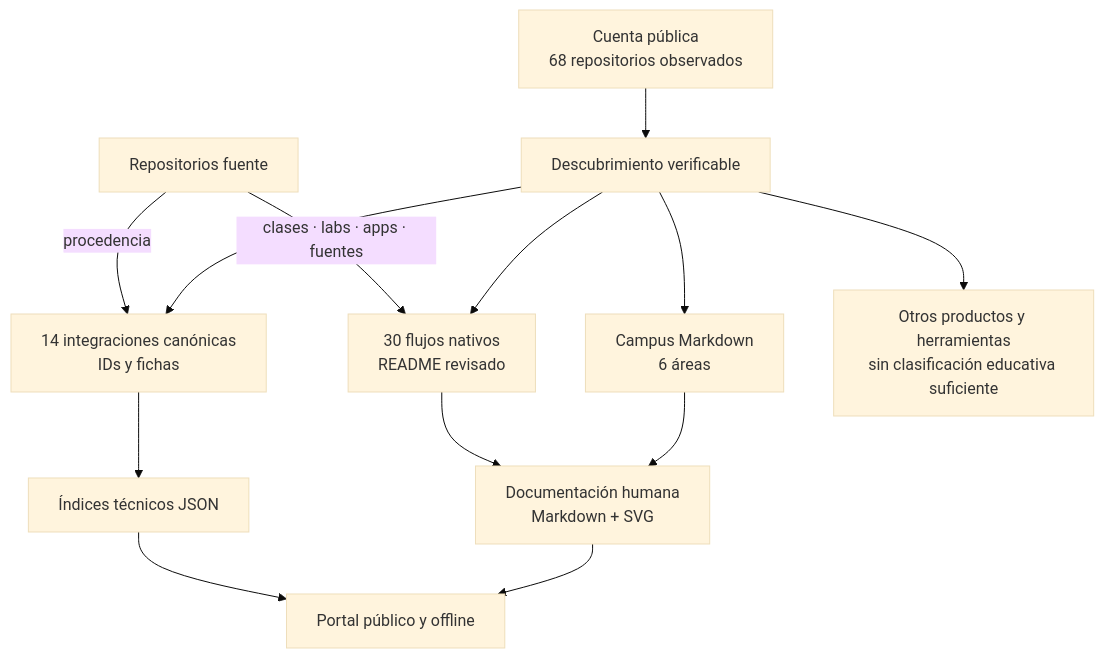
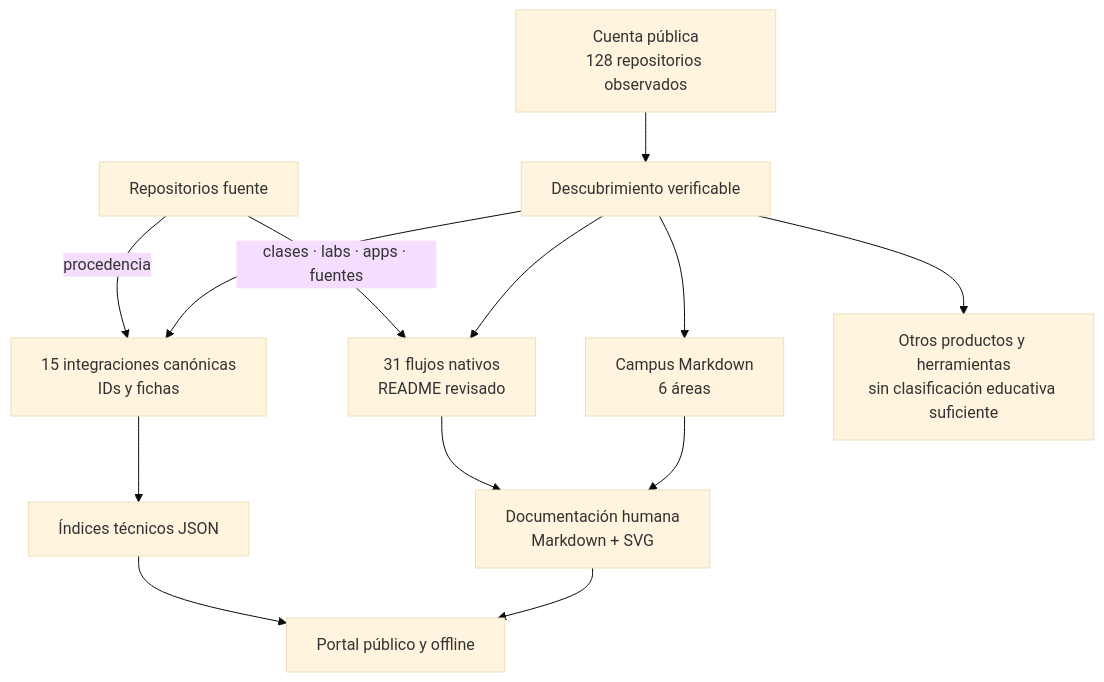
The first of 6 diagrams in docs/ECOSYSTEM_MAP.md (vladimiracunadev-create/lifelong-learning-ecosystem), drawn with Mermaid (base theme) before and after one commit. The commit also changed other lines of this file and 47 other files, not shown here.

````diff
--- a/docs/ECOSYSTEM_MAP.md
+++ b/docs/ECOSYSTEM_MAP.md
@@ -13,17 +13,17 @@
 ```mermaid
 flowchart TB
-    GH[Cuenta pública<br/>68 repositorios observados] --> D[Descubrimiento verificable]
+    GH[Cuenta pública<br/>128 repositorios observados] --> D[Descubrimiento verificable]
     D --> C[Campus Markdown<br/>6 áreas]
-    D --> F[30 flujos nativos<br/>README revisado]
-    D --> K[14 integraciones canónicas<br/>IDs y fichas]
+    D --> F[31 flujos nativos<br/>README revisado]
+    D --> K[15 integraciones canónicas<br/>IDs y fichas]
     D --> O[Otros productos y herramientas<br/>sin clasificación educativa suficiente]
 
     C --> DOC[Documentación humana<br/>Markdown + SVG]
     F --> DOC
     K --> JSON[Índices técnicos JSON]
     DOC --> P[Portal público y offline]
     JSON --> P
 
     SRC[Repositorios fuente] -->|clases · labs · apps · fuentes| F
     SRC -->|procedencia| K
 ```
````
